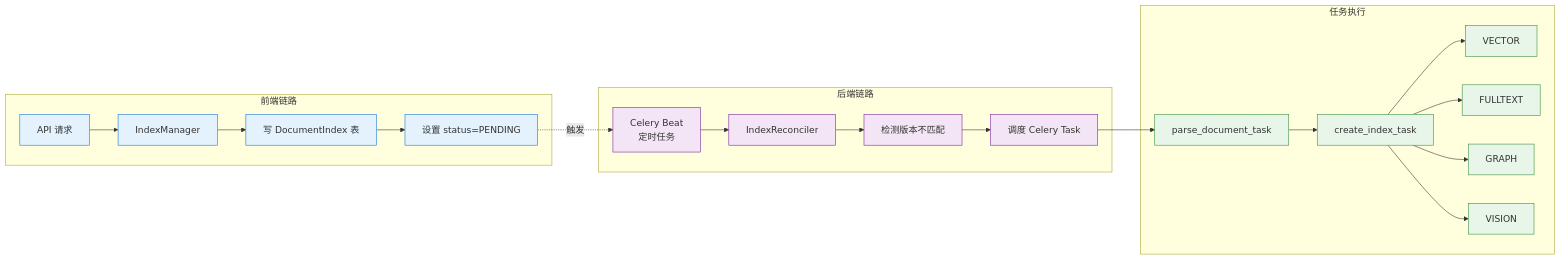
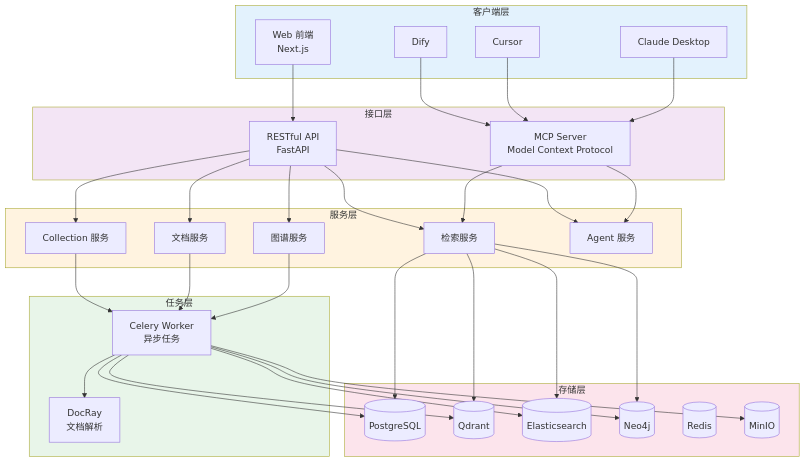
The second of 13 diagrams in docs/zh-CN/design/architecture.md (ruah0807/ApeRAG), drawn with Mermaid before and after one commit. The commit also changed other lines of this file and 5 other files, not shown here.

Commit message:
feat: update architecture docs (#1431)

````diff
--- a/docs/zh-CN/design/architecture.md
+++ b/docs/zh-CN/design/architecture.md
@@ -229,33 +73,72 @@
 ```mermaid
-graph LR
-    subgraph "前端链路"
-        A[API 请求] --> B[IndexManager]
-        B --> C[写 DocumentIndex 表]
-        C --> D[设置 status=PENDING]
+graph TB
+    subgraph Layer1[客户端层]
+        Web[Web 前端<br/>Next.js]
+        Dify[Dify]
+        Cursor[Cursor]
+        Claude[Claude Desktop]
     end
     
-    subgraph "后端链路"
-        E[Celery Beat<br/>定时任务] --> F[IndexReconciler]
-        F --> G[检测版本不匹配]
-        G --> H[调度 Celery Task]
+    subgraph Layer2[接口层]
+        API[RESTful API<br/>FastAPI]
+        MCP[MCP Server<br/>Model Context Protocol]
     end
     
-    subgraph "任务执行"
-        H --> I[parse_document_task]
-        I --> J[create_index_task]
-        J --> K1[VECTOR]
-        J --> K2[FULLTEXT]
-        J --> K3[GRAPH]
-        J --> K4[VISION]
+    subgraph Layer3[服务层]
+        CollSvc[Collection 服务]
+        DocSvc[文档服务]
+        SearchSvc[检索服务]
+        GraphSvc[图谱服务]
+        AgentSvc[Agent 服务]
     end
     
-    D -.触发.-> E
+    subgraph Layer4[任务层]
+        Celery[Celery Worker<br/>异步任务]
+        DocRay[DocRay<br/>文档解析]
+    end
     
-    classDef frontend fill:#e3f2fd,stroke:#1976d2
-    classDef backend fill:#f3e5f5,stroke:#7b1fa2
-    classDef task fill:#e8f5e9,stroke:#388e3c
+    subgraph Layer5[存储层]
+        PG[(PostgreSQL)]
+        Qdrant[(Qdrant)]
+        ES[(Elasticsearch)]
+        Neo4j[(Neo4j)]
+        Redis[(Redis)]
+        MinIO[(MinIO)]
+    end
     
-    class A,B,C,D frontend
-    class E,F,G,H backend
-    class I,J,K1,K2,K3,K4 task
+    Web --> API
+    Dify --> MCP
+    Cursor --> MCP
+    Claude --> MCP
+    
+    API --> CollSvc
+    API --> DocSvc
+    API --> SearchSvc
+    API --> GraphSvc
+    API --> AgentSvc
+    
+    MCP --> SearchSvc
+    MCP --> AgentSvc
+    
+    CollSvc --> Celery
+    DocSvc --> Celery
+    GraphSvc --> Celery
+    
+    Celery --> DocRay
+    Celery --> PG
+    Celery --> Qdrant
+    Celery --> ES
+    Celery --> Neo4j
+    Celery --> MinIO
+    
+    SearchSvc --> PG
+    SearchSvc --> Qdrant
+    SearchSvc --> ES
+    SearchSvc --> Neo4j
+    
+    style Layer1 fill:#e3f2fd
+    style Layer2 fill:#f3e5f5
+    style Layer3 fill:#fff3e0
+    style Layer4 fill:#e8f5e9
+    style Layer5 fill:#fce4ec
 ```
````
